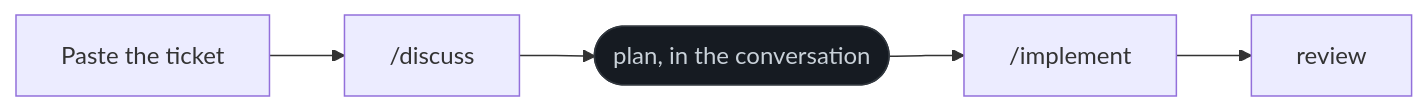
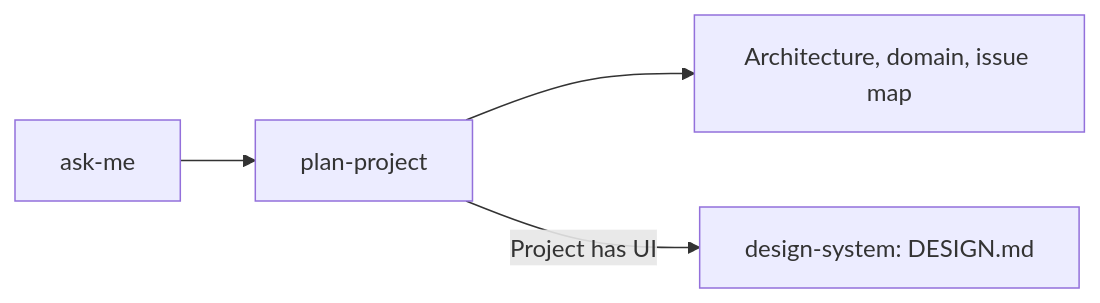
Before and after one commit to NickDabizaz/skills: the first of 4 diagrams in README.md, drawn with Mermaid. The commit also changed other lines of this file and 161 other files, not shown here.

````diff
--- a/README.md
+++ b/README.md
@@ -194,5 +31,6 @@
 ```mermaid
 flowchart LR
-    A["Paste the ticket"] --> B["/discuss"] --> C(["plan, in the conversation"]) --> D["/implement"] --> E["review"]
-    style C fill:#161b22,color:#c9d1d9,stroke:#30363d
+    A["ask-me"] --> P["plan-project"]
+    P --> C["Architecture, domain, issue map"]
+    P -->|Project has UI| D["design-system: DESIGN.md"]
 ```
````
